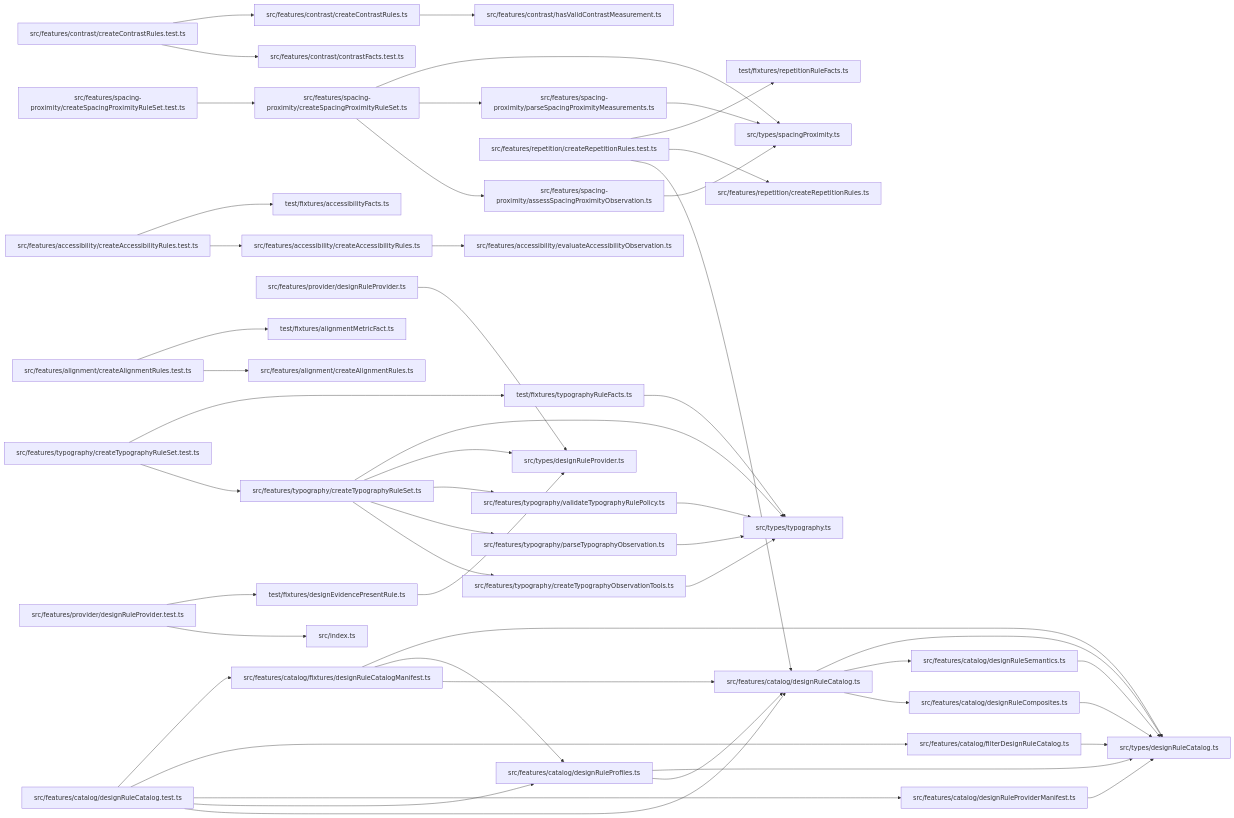
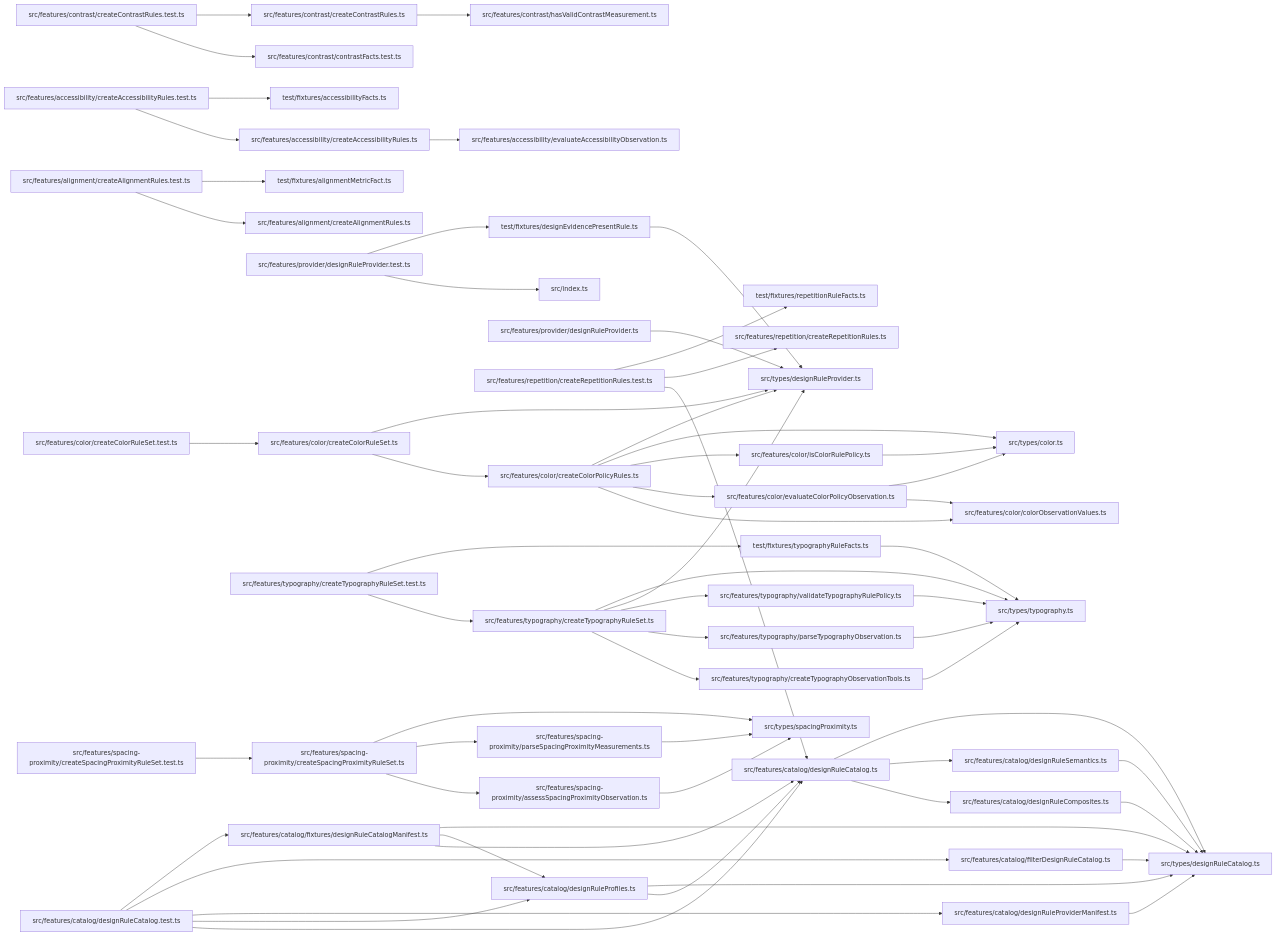
The diagram in paradox/diagrams/module-relationships.mmd (ankhorage/rules-design), drawn with Mermaid before and after one commit. The commit also changed 9 other files, not shown here.

```diff
--- a/paradox/diagrams/module-relationships.mmd
+++ b/paradox/diagrams/module-relationships.mmd
@@ -1,90 +1,108 @@
 graph LR
   module_src_features_accessibility_createAccessibilityRules_test_ts["src/features/accessibility/createAccessibilityRules.test.ts"]
   module_src_features_accessibility_createAccessibilityRules_ts["src/features/accessibility/createAccessibilityRules.ts"]
   module_src_features_accessibility_evaluateAccessibilityObservation_ts["src/features/accessibility/evaluateAccessibilityObservation.ts"]
   module_src_features_alignment_createAlignmentRules_test_ts["src/features/alignment/createAlignmentRules.test.ts"]
   module_src_features_alignment_createAlignmentRules_ts["src/features/alignment/createAlignmentRules.ts"]
   module_src_features_catalog_designRuleCatalog_test_ts["src/features/catalog/designRuleCatalog.test.ts"]
   module_src_features_catalog_designRuleCatalog_ts["src/features/catalog/designRuleCatalog.ts"]
   module_src_features_catalog_designRuleComposites_ts["src/features/catalog/designRuleComposites.ts"]
   module_src_features_catalog_designRuleProfiles_ts["src/features/catalog/designRuleProfiles.ts"]
   module_src_features_catalog_designRuleProviderManifest_ts["src/features/catalog/designRuleProviderManifest.ts"]
   module_src_features_catalog_designRuleSemantics_ts["src/features/catalog/designRuleSemantics.ts"]
   module_src_features_catalog_filterDesignRuleCatalog_ts["src/features/catalog/filterDesignRuleCatalog.ts"]
   module_src_features_catalog_fixtures_designRuleCatalogManifest_ts["src/features/catalog/fixtures/designRuleCatalogManifest.ts"]
+  module_src_features_color_colorObservationValues_ts["src/features/color/colorObservationValues.ts"]
+  module_src_features_color_createColorPolicyRules_ts["src/features/color/createColorPolicyRules.ts"]
+  module_src_features_color_createColorRuleSet_test_ts["src/features/color/createColorRuleSet.test.ts"]
+  module_src_features_color_createColorRuleSet_ts["src/features/color/createColorRuleSet.ts"]
+  module_src_features_color_evaluateColorPolicyObservation_ts["src/features/color/evaluateColorPolicyObservation.ts"]
+  module_src_features_color_isColorRulePolicy_ts["src/features/color/isColorRulePolicy.ts"]
   module_src_features_contrast_contrastFacts_test_ts["src/features/contrast/contrastFacts.test.ts"]
   module_src_features_contrast_createContrastRules_test_ts["src/features/contrast/createContrastRules.test.ts"]
   module_src_features_contrast_createContrastRules_ts["src/features/contrast/createContrastRules.ts"]
   module_src_features_contrast_hasValidContrastMeasurement_ts["src/features/contrast/hasValidContrastMeasurement.ts"]
   module_src_features_provider_designRuleProvider_test_ts["src/features/provider/designRuleProvider.test.ts"]
   module_src_features_provider_designRuleProvider_ts["src/features/provider/designRuleProvider.ts"]
   module_src_features_repetition_createRepetitionRules_test_ts["src/features/repetition/createRepetitionRules.test.ts"]
   module_src_features_repetition_createRepetitionRules_ts["src/features/repetition/createRepetitionRules.ts"]
   module_src_features_spacing_proximity_assessSpacingProximityObservation_ts["src/features/spacing-proximity/assessSpacingProximityObservation.ts"]
   module_src_features_spacing_proximity_createSpacingProximityRuleSet_test_ts["src/features/spacing-proximity/createSpacingProximityRuleSet.test.ts"]
   module_src_features_spacing_proximity_createSpacingProximityRuleSet_ts["src/features/spacing-proximity/createSpacingProximityRuleSet.ts"]
   module_src_features_spacing_proximity_parseSpacingProximityMeasurements_ts["src/features/spacing-proximity/parseSpacingProximityMeasurements.ts"]
   module_src_features_typography_createTypographyObservationTools_ts["src/features/typography/createTypographyObservationTools.ts"]
   module_src_features_typography_createTypographyRuleSet_test_ts["src/features/typography/createTypographyRuleSet.test.ts"]
   module_src_features_typography_createTypographyRuleSet_ts["src/features/typography/createTypographyRuleSet.ts"]
   module_src_features_typography_parseTypographyObservation_ts["src/features/typography/parseTypographyObservation.ts"]
   module_src_features_typography_validateTypographyRulePolicy_ts["src/features/typography/validateTypographyRulePolicy.ts"]
   module_src_index_ts["src/index.ts"]
+  module_src_types_color_ts["src/types/color.ts"]
   module_src_types_designRuleCatalog_ts["src/types/designRuleCatalog.ts"]
   module_src_types_designRuleProvider_ts["src/types/designRuleProvider.ts"]
   module_src_types_spacingProximity_ts["src/types/spacingProximity.ts"]
   module_src_types_typography_ts["src/types/typography.ts"]
   module_test_fixtures_accessibilityFacts_ts["test/fixtures/accessibilityFacts.ts"]
   module_test_fixtures_alignmentMetricFact_ts["test/fixtures/alignmentMetricFact.ts"]
   module_test_fixtures_designEvidencePresentRule_ts["test/fixtures/designEvidencePresentRule.ts"]
   module_test_fixtures_repetitionRuleFacts_ts["test/fixtures/repetitionRuleFacts.ts"]
   module_test_fixtures_typographyRuleFacts_ts["test/fixtures/typographyRuleFacts.ts"]
   module_src_features_accessibility_createAccessibilityRules_test_ts --> module_src_features_accessibility_createAccessibilityRules_ts
   module_src_features_accessibility_createAccessibilityRules_test_ts --> module_test_fixtures_accessibilityFacts_ts
   module_src_features_accessibility_createAccessibilityRules_ts --> module_src_features_accessibility_evaluateAccessibilityObservation_ts
   module_src_features_alignment_createAlignmentRules_test_ts --> module_src_features_alignment_createAlignmentRules_ts
   module_src_features_alignment_createAlignmentRules_test_ts --> module_test_fixtures_alignmentMetricFact_ts
   module_src_features_catalog_designRuleCatalog_test_ts --> module_src_features_catalog_designRuleCatalog_ts
   module_src_features_catalog_designRuleCatalog_test_ts --> module_src_features_catalog_designRuleProfiles_ts
   module_src_features_catalog_designRuleCatalog_test_ts --> module_src_features_catalog_designRuleProviderManifest_ts
   module_src_features_catalog_designRuleCatalog_test_ts --> module_src_features_catalog_filterDesignRuleCatalog_ts
   module_src_features_catalog_designRuleCatalog_test_ts --> module_src_features_catalog_fixtures_designRuleCatalogManifest_ts
   module_src_features_catalog_designRuleCatalog_ts --> module_src_features_catalog_designRuleComposites_ts
   module_src_features_catalog_designRuleCatalog_ts --> module_src_features_catalog_designRuleSemantics_ts
   module_src_features_catalog_designRuleCatalog_ts --> module_src_types_designRuleCatalog_ts
   module_src_features_catalog_designRuleComposites_ts --> module_src_types_designRuleCatalog_ts
   module_src_features_catalog_designRuleProfiles_ts --> module_src_features_catalog_designRuleCatalog_ts
   module_src_features_catalog_designRuleProfiles_ts --> module_src_types_designRuleCatalog_ts
   module_src_features_catalog_designRuleProviderManifest_ts --> module_src_types_designRuleCatalog_ts
   module_src_features_catalog_designRuleSemantics_ts --> module_src_types_designRuleCatalog_ts
   module_src_features_catalog_filterDesignRuleCatalog_ts --> module_src_types_designRuleCatalog_ts
   module_src_features_catalog_fixtures_designRuleCatalogManifest_ts --> module_src_features_catalog_designRuleCatalog_ts
   module_src_features_catalog_fixtures_designRuleCatalogManifest_ts --> module_src_features_catalog_designRuleProfiles_ts
   module_src_features_catalog_fixtures_designRuleCatalogManifest_ts --> module_src_types_designRuleCatalog_ts
+  module_src_features_color_createColorPolicyRules_ts --> module_src_features_color_colorObservationValues_ts
+  module_src_features_color_createColorPolicyRules_ts --> module_src_features_color_evaluateColorPolicyObservation_ts
+  module_src_features_color_createColorPolicyRules_ts --> module_src_features_color_isColorRulePolicy_ts
+  module_src_features_color_createColorPolicyRules_ts --> module_src_types_color_ts
+  module_src_features_color_createColorPolicyRules_ts --> module_src_types_designRuleProvider_ts
+  module_src_features_color_createColorRuleSet_test_ts --> module_src_features_color_createColorRuleSet_ts
+  module_src_features_color_createColorRuleSet_ts --> module_src_features_color_createColorPolicyRules_ts
+  module_src_features_color_createColorRuleSet_ts --> module_src_types_designRuleProvider_ts
+  module_src_features_color_evaluateColorPolicyObservation_ts --> module_src_features_color_colorObservationValues_ts
+  module_src_features_color_evaluateColorPolicyObservation_ts --> module_src_types_color_ts
+  module_src_features_color_isColorRulePolicy_ts --> module_src_types_color_ts
   module_src_features_contrast_createContrastRules_test_ts --> module_src_features_contrast_contrastFacts_test_ts
   module_src_features_contrast_createContrastRules_test_ts --> module_src_features_contrast_createContrastRules_ts
   module_src_features_contrast_createContrastRules_ts --> module_src_features_contrast_hasValidContrastMeasurement_ts
   module_src_features_provider_designRuleProvider_test_ts --> module_src_index_ts
   module_src_features_provider_designRuleProvider_test_ts --> module_test_fixtures_designEvidencePresentRule_ts
   module_src_features_provider_designRuleProvider_ts --> module_src_types_designRuleProvider_ts
   module_src_features_repetition_createRepetitionRules_test_ts --> module_src_features_catalog_designRuleCatalog_ts
   module_src_features_repetition_createRepetitionRules_test_ts --> module_src_features_repetition_createRepetitionRules_ts
   module_src_features_repetition_createRepetitionRules_test_ts --> module_test_fixtures_repetitionRuleFacts_ts
   module_src_features_spacing_proximity_assessSpacingProximityObservation_ts --> module_src_types_spacingProximity_ts
   module_src_features_spacing_proximity_createSpacingProximityRuleSet_test_ts --> module_src_features_spacing_proximity_createSpacingProximityRuleSet_ts
   module_src_features_spacing_proximity_createSpacingProximityRuleSet_ts --> module_src_features_spacing_proximity_assessSpacingProximityObservation_ts
   module_src_features_spacing_proximity_createSpacingProximityRuleSet_ts --> module_src_features_spacing_proximity_parseSpacingProximityMeasurements_ts
   module_src_features_spacing_proximity_createSpacingProximityRuleSet_ts --> module_src_types_spacingProximity_ts
   module_src_features_spacing_proximity_parseSpacingProximityMeasurements_ts --> module_src_types_spacingProximity_ts
   module_src_features_typography_createTypographyObservationTools_ts --> module_src_types_typography_ts
   module_src_features_typography_createTypographyRuleSet_test_ts --> module_src_features_typography_createTypographyRuleSet_ts
   module_src_features_typography_createTypographyRuleSet_test_ts --> module_test_fixtures_typographyRuleFacts_ts
   module_src_features_typography_createTypographyRuleSet_ts --> module_src_features_typography_createTypographyObservationTools_ts
   module_src_features_typography_createTypographyRuleSet_ts --> module_src_features_typography_parseTypographyObservation_ts
   module_src_features_typography_createTypographyRuleSet_ts --> module_src_features_typography_validateTypographyRulePolicy_ts
   module_src_features_typography_createTypographyRuleSet_ts --> module_src_types_designRuleProvider_ts
   module_src_features_typography_createTypographyRuleSet_ts --> module_src_types_typography_ts
   module_src_features_typography_parseTypographyObservation_ts --> module_src_types_typography_ts
   module_src_features_typography_validateTypographyRulePolicy_ts --> module_src_types_typography_ts
   module_test_fixtures_designEvidencePresentRule_ts --> module_src_types_designRuleProvider_ts
   module_test_fixtures_typographyRuleFacts_ts --> module_src_types_typography_ts
```
